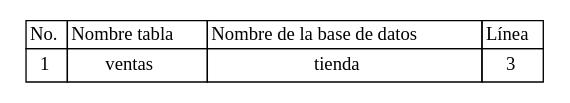
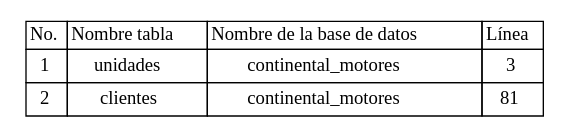
One commit to Jodyannre/COMPI2_proyecto2_2022 changed the diagram in Back/Web/tablas/tablas.dot. Above: the diagram before and after it, drawn with Graphviz. The commit also changed 14 other files, not shown here.

```diff
--- a/Back/Web/tablas/tablas.dot
+++ b/Back/Web/tablas/tablas.dot
@@ -1,27 +1,39 @@
 
 	digraph {
 		tablaSimbolos [
 		  shape=plaintext
 		  label=<
 			<table border='0' cellborder='1' color='black' cellspacing='0'>
 			  <tr>
 				  <td>No.</td>
 				  <td>Nombre tabla</td>
 				  <td>Nombre de la base de datos</td>
 				  <td>Línea</td>
 			  </tr>
 <tr>
 <td cellpadding='4'>
 1
 </td>
-<td cellpadding='4'>ventas
+<td cellpadding='4'>unidades
 </td>
-<td cellpadding='4'>tienda
+<td cellpadding='4'>continental_motores
 </td>
 <td cellpadding='4'>3
+</td>
+</tr>
+
+<tr>
+<td cellpadding='4'>
+2
+</td>
+<td cellpadding='4'>clientes
+</td>
+<td cellpadding='4'>continental_motores
+</td>
+<td cellpadding='4'>81
 </td>
 </tr>
 
 		</table>
 		>];
 	}
```
